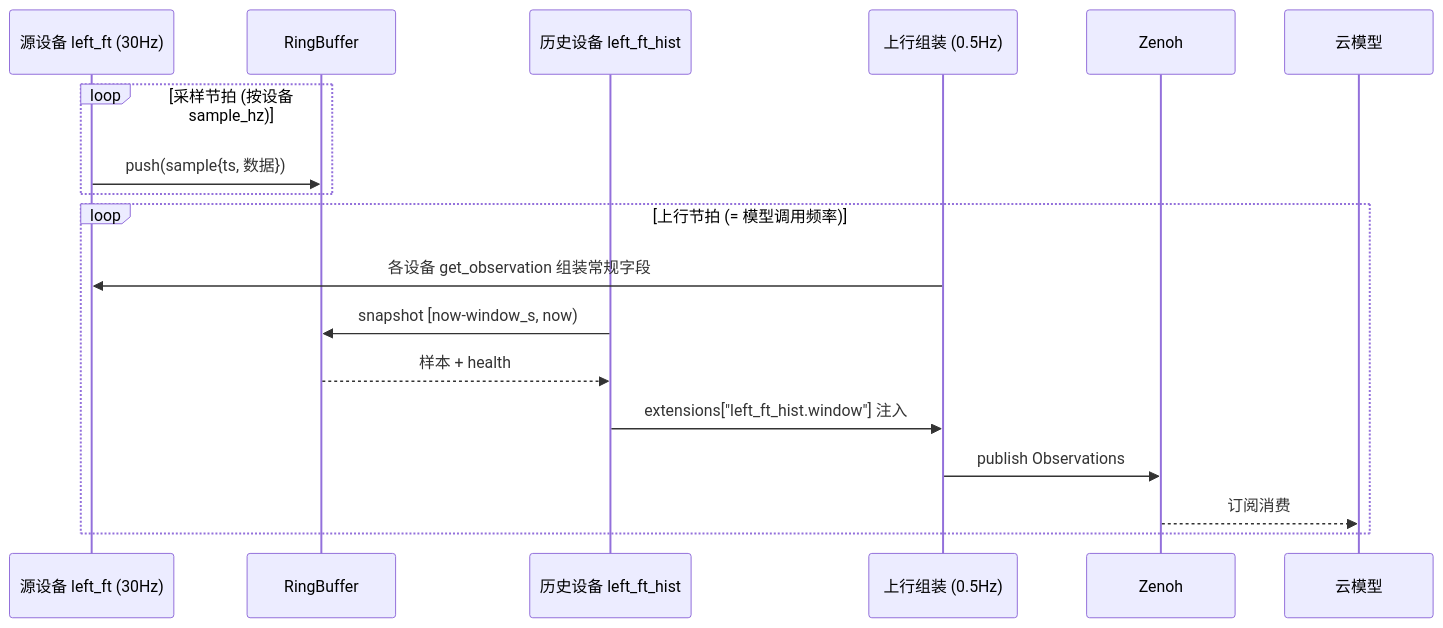
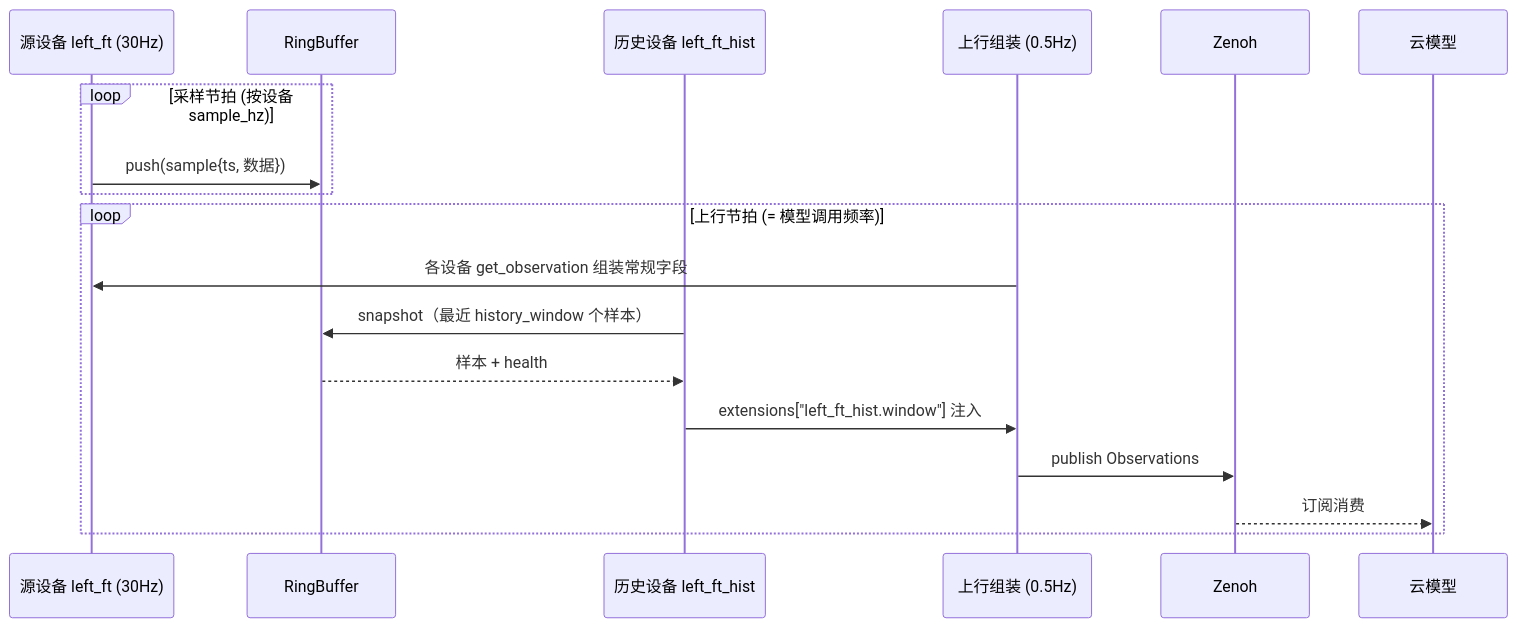
Before and after one commit to vincentguiling/cloudrobo-sdk-client: the diagram in docs/design/r2c-multi-device-tree-design.md, drawn with Mermaid. The commit also changed other lines of this file, not shown here.

Commit message:
docs(design): history 配置改为 history_window 样本数（60），去掉容量上限术语

````diff
--- a/docs/design/r2c-multi-device-tree-design.md
+++ b/docs/design/r2c-multi-device-tree-design.md
@@ -161,20 +161,20 @@
 ```mermaid
 sequenceDiagram
     participant S as 源设备 left_ft (30Hz)
     participant R as RingBuffer
     participant H as 历史设备 left_ft_hist
     participant P as 上行组装 (0.5Hz)
     participant Z as Zenoh
     participant C as 云模型
     loop 采样节拍 (按设备 sample_hz)
         S->>R: push(sample{ts, 数据})
     end
     loop 上行节拍 (= 模型调用频率)
         P->>S: 各设备 get_observation 组装常规字段
-        H->>R: snapshot [now-window_s, now)
+        H->>R: snapshot（最近 history_window 个样本）
         R-->>H: 样本 + health
         H->>P: extensions["left_ft_hist.window"] 注入
         P->>Z: publish Observations
         Z-->>C: 订阅消费
     end
 ```
````
